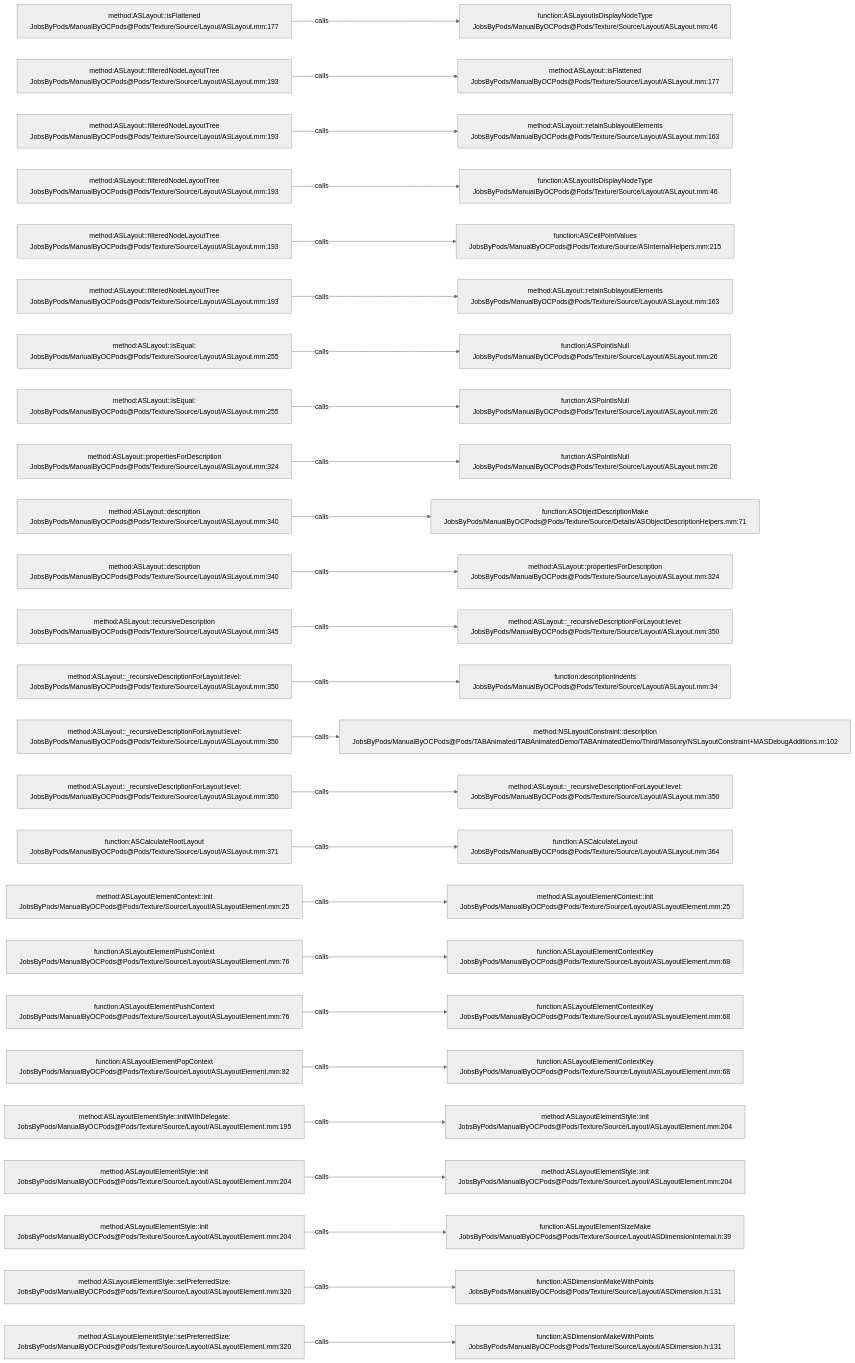
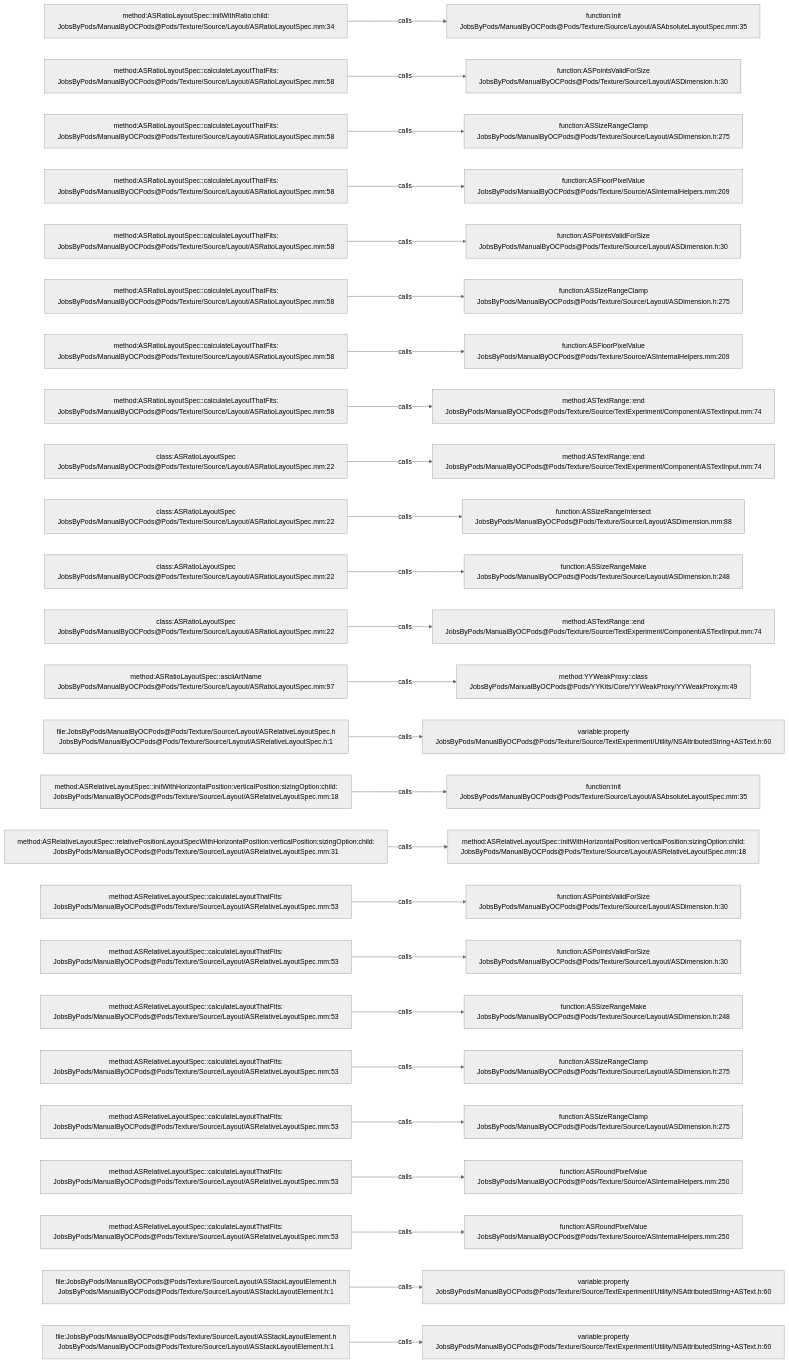
One commit to JobsKits/JobsOCBaseConfigDemo changed the diagram in .codegraph/codegraph.md/graphs/calls-180.md. Above: the diagram before and after it, drawn with Mermaid (neutral theme). The commit also changed 1353 other files, not shown here.

````diff
--- a/.codegraph/codegraph.md/graphs/calls-180.md
+++ b/.codegraph/codegraph.md/graphs/calls-180.md
@@ -13,78 +13,78 @@
 ```mermaid
 flowchart LR
-  S1["method:ASLayout::isFlattened<br/>JobsByPods/ManualByOCPods@Pods/Texture/Source/Layout/ASLayout.mm:177"]
-  T1["function:ASLayoutIsDisplayNodeType<br/>JobsByPods/ManualByOCPods@Pods/Texture/Source/Layout/ASLayout.mm:46"]
+  S1["method:ASRatioLayoutSpec::initWithRatio:child:<br/>JobsByPods/ManualByOCPods@Pods/Texture/Source/Layout/ASRatioLayoutSpec.mm:34"]
+  T1["function:init<br/>JobsByPods/ManualByOCPods@Pods/Texture/Source/Layout/ASAbsoluteLayoutSpec.mm:35"]
   S1 -->|calls| T1
-  S2["method:ASLayout::filteredNodeLayoutTree<br/>JobsByPods/ManualByOCPods@Pods/Texture/Source/Layout/ASLayout.mm:193"]
-  T2["method:ASLayout::isFlattened<br/>JobsByPods/ManualByOCPods@Pods/Texture/Source/Layout/ASLayout.mm:177"]
+  S2["method:ASRatioLayoutSpec::calculateLayoutThatFits:<br/>JobsByPods/ManualByOCPods@Pods/Texture/Source/Layout/ASRatioLayoutSpec.mm:58"]
+  T2["function:ASPointsValidForSize<br/>JobsByPods/ManualByOCPods@Pods/Texture/Source/Layout/ASDimension.h:30"]
   S2 -->|calls| T2
-  S3["method:ASLayout::filteredNodeLayoutTree<br/>JobsByPods/ManualByOCPods@Pods/Texture/Source/Layout/ASLayout.mm:193"]
-  T3["method:ASLayout::retainSublayoutElements<br/>JobsByPods/ManualByOCPods@Pods/Texture/Source/Layout/ASLayout.mm:163"]
+  S3["method:ASRatioLayoutSpec::calculateLayoutThatFits:<br/>JobsByPods/ManualByOCPods@Pods/Texture/Source/Layout/ASRatioLayoutSpec.mm:58"]
+  T3["function:ASSizeRangeClamp<br/>JobsByPods/ManualByOCPods@Pods/Texture/Source/Layout/ASDimension.h:275"]
   S3 -->|calls| T3
-  S4["method:ASLayout::filteredNodeLayoutTree<br/>JobsByPods/ManualByOCPods@Pods/Texture/Source/Layout/ASLayout.mm:193"]
-  T4["function:ASLayoutIsDisplayNodeType<br/>JobsByPods/ManualByOCPods@Pods/Texture/Source/Layout/ASLayout.mm:46"]
+  S4["method:ASRatioLayoutSpec::calculateLayoutThatFits:<br/>JobsByPods/ManualByOCPods@Pods/Texture/Source/Layout/ASRatioLayoutSpec.mm:58"]
+  T4["function:ASFloorPixelValue<br/>JobsByPods/ManualByOCPods@Pods/Texture/Source/ASInternalHelpers.mm:209"]
   S4 -->|calls| T4
-  S5["method:ASLayout::filteredNodeLayoutTree<br/>JobsByPods/ManualByOCPods@Pods/Texture/Source/Layout/ASLayout.mm:193"]
-  T5["function:ASCeilPointValues<br/>JobsByPods/ManualByOCPods@Pods/Texture/Source/ASInternalHelpers.mm:215"]
+  S5["method:ASRatioLayoutSpec::calculateLayoutThatFits:<br/>JobsByPods/ManualByOCPods@Pods/Texture/Source/Layout/ASRatioLayoutSpec.mm:58"]
+  T5["function:ASPointsValidForSize<br/>JobsByPods/ManualByOCPods@Pods/Texture/Source/Layout/ASDimension.h:30"]
   S5 -->|calls| T5
-  S6["method:ASLayout::filteredNodeLayoutTree<br/>JobsByPods/ManualByOCPods@Pods/Texture/Source/Layout/ASLayout.mm:193"]
-  T6["method:ASLayout::retainSublayoutElements<br/>JobsByPods/ManualByOCPods@Pods/Texture/Source/Layout/ASLayout.mm:163"]
+  S6["method:ASRatioLayoutSpec::calculateLayoutThatFits:<br/>JobsByPods/ManualByOCPods@Pods/Texture/Source/Layout/ASRatioLayoutSpec.mm:58"]
+  T6["function:ASSizeRangeClamp<br/>JobsByPods/ManualByOCPods@Pods/Texture/Source/Layout/ASDimension.h:275"]
   S6 -->|calls| T6
-  S7["method:ASLayout::isEqual:<br/>JobsByPods/ManualByOCPods@Pods/Texture/Source/Layout/ASLayout.mm:255"]
-  T7["function:ASPointIsNull<br/>JobsByPods/ManualByOCPods@Pods/Texture/Source/Layout/ASLayout.mm:26"]
+  S7["method:ASRatioLayoutSpec::calculateLayoutThatFits:<br/>JobsByPods/ManualByOCPods@Pods/Texture/Source/Layout/ASRatioLayoutSpec.mm:58"]
+  T7["function:ASFloorPixelValue<br/>JobsByPods/ManualByOCPods@Pods/Texture/Source/ASInternalHelpers.mm:209"]
   S7 -->|calls| T7
-  S8["method:ASLayout::isEqual:<br/>JobsByPods/ManualByOCPods@Pods/Texture/Source/Layout/ASLayout.mm:255"]
-  T8["function:ASPointIsNull<br/>JobsByPods/ManualByOCPods@Pods/Texture/Source/Layout/ASLayout.mm:26"]
+  S8["method:ASRatioLayoutSpec::calculateLayoutThatFits:<br/>JobsByPods/ManualByOCPods@Pods/Texture/Source/Layout/ASRatioLayoutSpec.mm:58"]
+  T8["method:ASTextRange::end<br/>JobsByPods/ManualByOCPods@Pods/Texture/Source/TextExperiment/Component/ASTextInput.mm:74"]
   S8 -->|calls| T8
-  S9["method:ASLayout::propertiesForDescription<br/>JobsByPods/ManualByOCPods@Pods/Texture/Source/Layout/ASLayout.mm:324"]
-  T9["function:ASPointIsNull<br/>JobsByPods/ManualByOCPods@Pods/Texture/Source/Layout/ASLayout.mm:26"]
+  S9["class:ASRatioLayoutSpec<br/>JobsByPods/ManualByOCPods@Pods/Texture/Source/Layout/ASRatioLayoutSpec.mm:22"]
+  T9["method:ASTextRange::end<br/>JobsByPods/ManualByOCPods@Pods/Texture/Source/TextExperiment/Component/ASTextInput.mm:74"]
   S9 -->|calls| T9
-  S10["method:ASLayout::description<br/>JobsByPods/ManualByOCPods@Pods/Texture/Source/Layout/ASLayout.mm:340"]
-  T10["function:ASObjectDescriptionMake<br/>JobsByPods/ManualByOCPods@Pods/Texture/Source/Details/ASObjectDescriptionHelpers.mm:71"]
+  S10["class:ASRatioLayoutSpec<br/>JobsByPods/ManualByOCPods@Pods/Texture/Source/Layout/ASRatioLayoutSpec.mm:22"]
+  T10["function:ASSizeRangeIntersect<br/>JobsByPods/ManualByOCPods@Pods/Texture/Source/Layout/ASDimension.mm:88"]
   S10 -->|calls| T10
-  S11["method:ASLayout::description<br/>JobsByPods/ManualByOCPods@Pods/Texture/Source/Layout/ASLayout.mm:340"]
-  T11["method:ASLayout::propertiesForDescription<br/>JobsByPods/ManualByOCPods@Pods/Texture/Source/Layout/ASLayout.mm:324"]
+  S11["class:ASRatioLayoutSpec<br/>JobsByPods/ManualByOCPods@Pods/Texture/Source/Layout/ASRatioLayoutSpec.mm:22"]
+  T11["function:ASSizeRangeMake<br/>JobsByPods/ManualByOCPods@Pods/Texture/Source/Layout/ASDimension.h:248"]
   S11 -->|calls| T11
-  S12["method:ASLayout::recursiveDescription<br/>JobsByPods/ManualByOCPods@Pods/Texture/Source/Layout/ASLayout.mm:345"]
-  T12["method:ASLayout::_recursiveDescriptionForLayout:level:<br/>JobsByPods/ManualByOCPods@Pods/Texture/Source/Layout/ASLayout.mm:350"]
+  S12["class:ASRatioLayoutSpec<br/>JobsByPods/ManualByOCPods@Pods/Texture/Source/Layout/ASRatioLayoutSpec.mm:22"]
+  T12["method:ASTextRange::end<br/>JobsByPods/ManualByOCPods@Pods/Texture/Source/TextExperiment/Component/ASTextInput.mm:74"]
   S12 -->|calls| T12
-  S13["method:ASLayout::_recursiveDescriptionForLayout:level:<br/>JobsByPods/ManualByOCPods@Pods/Texture/Source/Layout/ASLayout.mm:350"]
-  T13["function:descriptionIndents<br/>JobsByPods/ManualByOCPods@Pods/Texture/Source/Layout/ASLayout.mm:34"]
+  S13["method:ASRatioLayoutSpec::asciiArtName<br/>JobsByPods/ManualByOCPods@Pods/Texture/Source/Layout/ASRatioLayoutSpec.mm:97"]
+  T13["method:YYWeakProxy::class<br/>JobsByPods/ManualByOCPods@Pods/YYKits/Core/YYWeakProxy/YYWeakProxy.m:49"]
   S13 -->|calls| T13
-  S14["method:ASLayout::_recursiveDescriptionForLayout:level:<br/>JobsByPods/ManualByOCPods@Pods/Texture/Source/Layout/ASLayout.mm:350"]
-  T14["method:NSLayoutConstraint::description<br/>JobsByPods/ManualByOCPods@Pods/TABAnimated/TABAnimatedDemo/TABAnimatedDemo/Third/Masonry/NSLayoutConstraint+MASDebugAdditions.m:102"]
+  S14["file:JobsByPods/ManualByOCPods@Pods/Texture/Source/Layout/ASRelativeLayoutSpec.h<br/>JobsByPods/ManualByOCPods@Pods/Texture/Source/Layout/ASRelativeLayoutSpec.h:1"]
+  T14["variable:property<br/>JobsByPods/ManualByOCPods@Pods/Texture/Source/TextExperiment/Utility/NSAttributedString+ASText.h:60"]
   S14 -->|calls| T14
-  S15["method:ASLayout::_recursiveDescriptionForLayout:level:<br/>JobsByPods/ManualByOCPods@Pods/Texture/Source/Layout/ASLayout.mm:350"]
-  T15["method:ASLayout::_recursiveDescriptionForLayout:level:<br/>JobsByPods/ManualByOCPods@Pods/Texture/Source/Layout/ASLayout.mm:350"]
+  S15["method:ASRelativeLayoutSpec::initWithHorizontalPosition:verticalPosition:sizingOption:child:<br/>JobsByPods/ManualByOCPods@Pods/Texture/Source/Layout/ASRelativeLayoutSpec.mm:18"]
+  T15["function:init<br/>JobsByPods/ManualByOCPods@Pods/Texture/Source/Layout/ASAbsoluteLayoutSpec.mm:35"]
   S15 -->|calls| T15
-  S16["function:ASCalculateRootLayout<br/>JobsByPods/ManualByOCPods@Pods/Texture/Source/Layout/ASLayout.mm:371"]
-  T16["function:ASCalculateLayout<br/>JobsByPods/ManualByOCPods@Pods/Texture/Source/Layout/ASLayout.mm:364"]
+  S16["method:ASRelativeLayoutSpec::relativePositionLayoutSpecWithHorizontalPosition:verticalPosition:sizingOption:child:<br/>JobsByPods/ManualByOCPods@Pods/Texture/Source/Layout/ASRelativeLayoutSpec.mm:31"]
+  T16["method:ASRelativeLayoutSpec::initWithHorizontalPosition:verticalPosition:sizingOption:child:<br/>JobsByPods/ManualByOCPods@Pods/Texture/Source/Layout/ASRelativeLayoutSpec.mm:18"]
   S16 -->|calls| T16
-  S17["method:ASLayoutElementContext::init<br/>JobsByPods/ManualByOCPods@Pods/Texture/Source/Layout/ASLayoutElement.mm:25"]
-  T17["method:ASLayoutElementContext::init<br/>JobsByPods/ManualByOCPods@Pods/Texture/Source/Layout/ASLayoutElement.mm:25"]
+  S17["method:ASRelativeLayoutSpec::calculateLayoutThatFits:<br/>JobsByPods/ManualByOCPods@Pods/Texture/Source/Layout/ASRelativeLayoutSpec.mm:53"]
+  T17["function:ASPointsValidForSize<br/>JobsByPods/ManualByOCPods@Pods/Texture/Source/Layout/ASDimension.h:30"]
   S17 -->|calls| T17
-  S18["function:ASLayoutElementPushContext<br/>JobsByPods/ManualByOCPods@Pods/Texture/Source/Layout/ASLayoutElement.mm:76"]
-  T18["function:ASLayoutElementContextKey<br/>JobsByPods/ManualByOCPods@Pods/Texture/Source/Layout/ASLayoutElement.mm:68"]
+  S18["method:ASRelativeLayoutSpec::calculateLayoutThatFits:<br/>JobsByPods/ManualByOCPods@Pods/Texture/Source/Layout/ASRelativeLayoutSpec.mm:53"]
+  T18["function:ASPointsValidForSize<br/>JobsByPods/ManualByOCPods@Pods/Texture/Source/Layout/ASDimension.h:30"]
   S18 -->|calls| T18
-  S19["function:ASLayoutElementPushContext<br/>JobsByPods/ManualByOCPods@Pods/Texture/Source/Layout/ASLayoutElement.mm:76"]
-  T19["function:ASLayoutElementContextKey<br/>JobsByPods/ManualByOCPods@Pods/Texture/Source/Layout/ASLayoutElement.mm:68"]
+  S19["method:ASRelativeLayoutSpec::calculateLayoutThatFits:<br/>JobsByPods/ManualByOCPods@Pods/Texture/Source/Layout/ASRelativeLayoutSpec.mm:53"]
+  T19["function:ASSizeRangeMake<br/>JobsByPods/ManualByOCPods@Pods/Texture/Source/Layout/ASDimension.h:248"]
   S19 -->|calls| T19
-  S20["function:ASLayoutElementPopContext<br/>JobsByPods/ManualByOCPods@Pods/Texture/Source/Layout/ASLayoutElement.mm:92"]
-  T20["function:ASLayoutElementContextKey<br/>JobsByPods/ManualByOCPods@Pods/Texture/Source/Layout/ASLayoutElement.mm:68"]
+  S20["method:ASRelativeLayoutSpec::calculateLayoutThatFits:<br/>JobsByPods/ManualByOCPods@Pods/Texture/Source/Layout/ASRelativeLayoutSpec.mm:53"]
+  T20["function:ASSizeRangeClamp<br/>JobsByPods/ManualByOCPods@Pods/Texture/Source/Layout/ASDimension.h:275"]
   S20 -->|calls| T20
-  S21["method:ASLayoutElementStyle::initWithDelegate:<br/>JobsByPods/ManualByOCPods@Pods/Texture/Source/Layout/ASLayoutElement.mm:195"]
-  T21["method:ASLayoutElementStyle::init<br/>JobsByPods/ManualByOCPods@Pods/Texture/Source/Layout/ASLayoutElement.mm:204"]
+  S21["method:ASRelativeLayoutSpec::calculateLayoutThatFits:<br/>JobsByPods/ManualByOCPods@Pods/Texture/Source/Layout/ASRelativeLayoutSpec.mm:53"]
+  T21["function:ASSizeRangeClamp<br/>JobsByPods/ManualByOCPods@Pods/Texture/Source/Layout/ASDimension.h:275"]
   S21 -->|calls| T21
-  S22["method:ASLayoutElementStyle::init<br/>JobsByPods/ManualByOCPods@Pods/Texture/Source/Layout/ASLayoutElement.mm:204"]
-  T22["method:ASLayoutElementStyle::init<br/>JobsByPods/ManualByOCPods@Pods/Texture/Source/Layout/ASLayoutElement.mm:204"]
+  S22["method:ASRelativeLayoutSpec::calculateLayoutThatFits:<br/>JobsByPods/ManualByOCPods@Pods/Texture/Source/Layout/ASRelativeLayoutSpec.mm:53"]
+  T22["function:ASRoundPixelValue<br/>JobsByPods/ManualByOCPods@Pods/Texture/Source/ASInternalHelpers.mm:250"]
   S22 -->|calls| T22
-  S23["method:ASLayoutElementStyle::init<br/>JobsByPods/ManualByOCPods@Pods/Texture/Source/Layout/ASLayoutElement.mm:204"]
-  T23["function:ASLayoutElementSizeMake<br/>JobsByPods/ManualByOCPods@Pods/Texture/Source/Layout/ASDimensionInternal.h:39"]
+  S23["method:ASRelativeLayoutSpec::calculateLayoutThatFits:<br/>JobsByPods/ManualByOCPods@Pods/Texture/Source/Layout/ASRelativeLayoutSpec.mm:53"]
+  T23["function:ASRoundPixelValue<br/>JobsByPods/ManualByOCPods@Pods/Texture/Source/ASInternalHelpers.mm:250"]
   S23 -->|calls| T23
-  S24["method:ASLayoutElementStyle::setPreferredSize:<br/>JobsByPods/ManualByOCPods@Pods/Texture/Source/Layout/ASLayoutElement.mm:320"]
-  T24["function:ASDimensionMakeWithPoints<br/>JobsByPods/ManualByOCPods@Pods/Texture/Source/Layout/ASDimension.h:131"]
+  S24["file:JobsByPods/ManualByOCPods@Pods/Texture/Source/Layout/ASStackLayoutElement.h<br/>JobsByPods/ManualByOCPods@Pods/Texture/Source/Layout/ASStackLayoutElement.h:1"]
+  T24["variable:property<br/>JobsByPods/ManualByOCPods@Pods/Texture/Source/TextExperiment/Utility/NSAttributedString+ASText.h:60"]
   S24 -->|calls| T24
-  S25["method:ASLayoutElementStyle::setPreferredSize:<br/>JobsByPods/ManualByOCPods@Pods/Texture/Source/Layout/ASLayoutElement.mm:320"]
-  T25["function:ASDimensionMakeWithPoints<br/>JobsByPods/ManualByOCPods@Pods/Texture/Source/Layout/ASDimension.h:131"]
+  S25["file:JobsByPods/ManualByOCPods@Pods/Texture/Source/Layout/ASStackLayoutElement.h<br/>JobsByPods/ManualByOCPods@Pods/Texture/Source/Layout/ASStackLayoutElement.h:1"]
+  T25["variable:property<br/>JobsByPods/ManualByOCPods@Pods/Texture/Source/TextExperiment/Utility/NSAttributedString+ASText.h:60"]
   S25 -->|calls| T25
 ```
````
